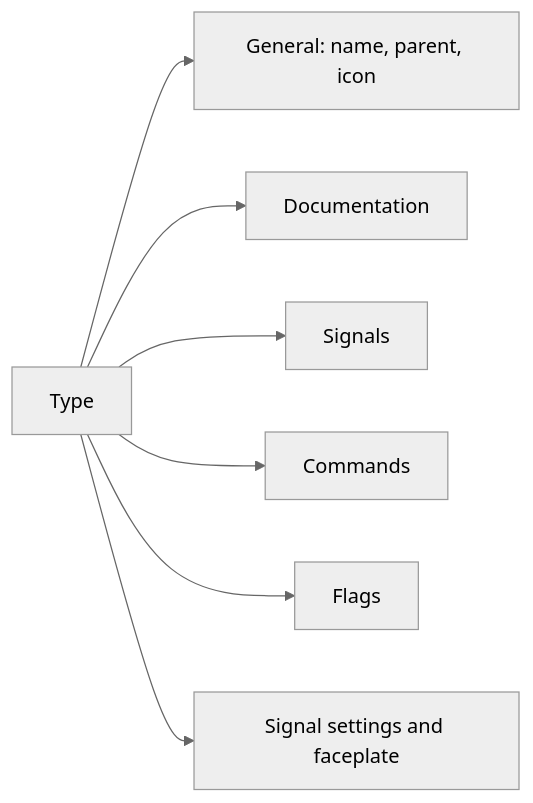
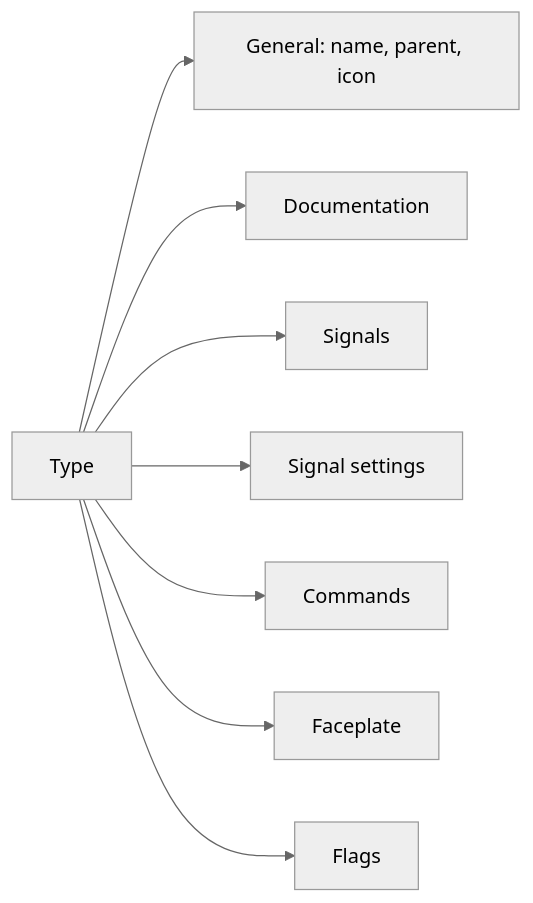
One commit to AlexandreGallais/synoptic-studio-spec changed the tenth of 50 diagrams in metadata/draft.md. Above: the diagram before and after it, drawn with Mermaid (neutral theme). The commit also changed other lines of this file and 65 other files, not shown here.

````diff
--- a/metadata/draft.md
+++ b/metadata/draft.md
@@ -201,9 +201,10 @@
 ```mermaid
 flowchart LR
     T[Type] --> G[General: name, parent, icon]
     T --> DO[Documentation]
     T --> P[Signals]
+    T --> R[Signal settings]
     T --> C[Commands]
+    T --> FP[Faceplate]
     T --> F[Flags]
-    T --> R[Signal settings and faceplate]
 ```
````
